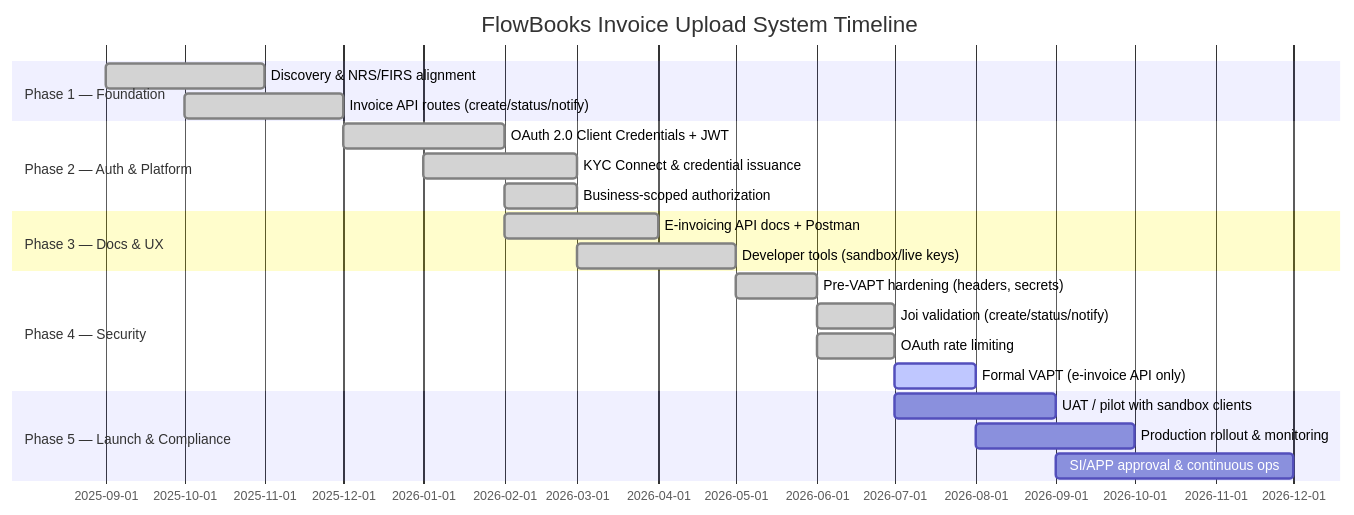
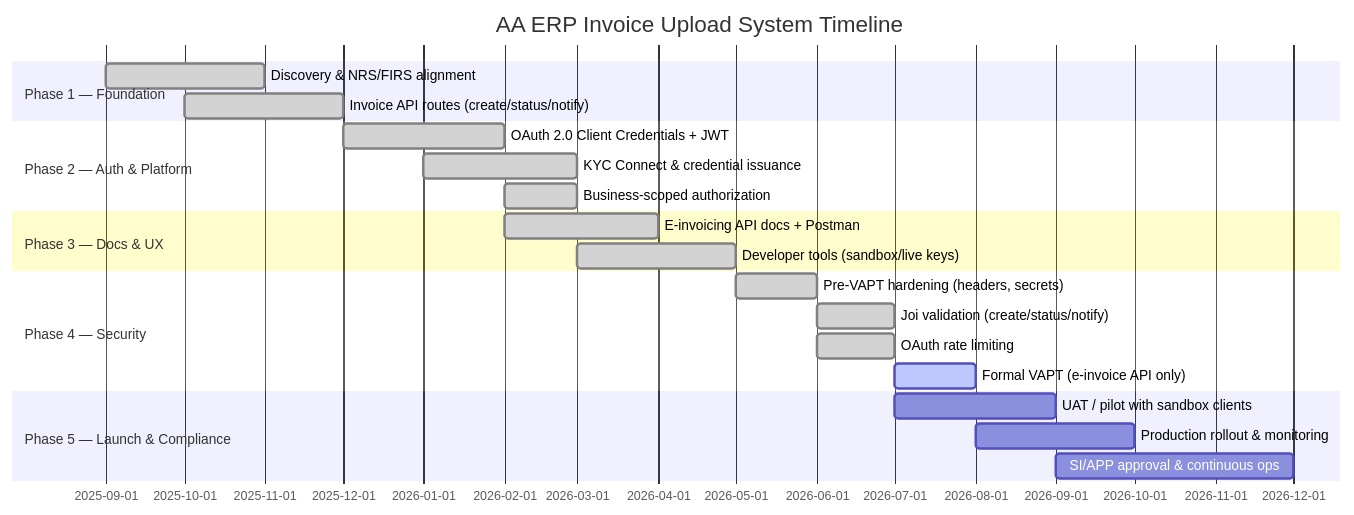
Before and after one commit to 8790fahad/aa_erp_api: the diagram in docs/UPLOAD_SYSTEM_IMPLEMENTATION_TIMELINE.md, drawn with Mermaid. The commit also changed other lines of this file and 60 other files, not shown here.

````diff
--- a/docs/UPLOAD_SYSTEM_IMPLEMENTATION_TIMELINE.md
+++ b/docs/UPLOAD_SYSTEM_IMPLEMENTATION_TIMELINE.md
@@ -26,24 +26,24 @@
 ```mermaid
 gantt
-    title FlowBooks Invoice Upload System Timeline
+    title AA ERP Invoice Upload System Timeline
     dateFormat  YYYY-MM
     section Phase 1 — Foundation
     Discovery & NRS/FIRS alignment           :done, p1a, 2025-09, 2025-11
     Invoice API routes (create/status/notify):done, p1b, 2025-10, 2025-12
     section Phase 2 — Auth & Platform
     OAuth 2.0 Client Credentials + JWT       :done, p2a, 2025-12, 2026-02
     KYC Connect & credential issuance        :done, p2b, 2026-01, 2026-03
     Business-scoped authorization            :done, p2c, 2026-02, 2026-03
     section Phase 3 — Docs & UX
     E-invoicing API docs + Postman           :done, p3a, 2026-02, 2026-04
     Developer tools (sandbox/live keys)      :done, p3b, 2026-03, 2026-05
     section Phase 4 — Security
     Pre-VAPT hardening (headers, secrets)    :done, p4a, 2026-05, 2026-06
     Joi validation (create/status/notify)    :done, p4b, 2026-06, 2026-07
     OAuth rate limiting                      :done, p4c, 2026-06, 2026-07
     Formal VAPT (e-invoice API only)         :active, p4d, 2026-07, 2026-08
     section Phase 5 — Launch & Compliance
     UAT / pilot with sandbox clients         :p5a, 2026-07, 2026-09
     Production rollout & monitoring          :p5b, 2026-08, 2026-10
     SI/APP approval & continuous ops         :p5c, 2026-09, 2026-12
 ```
````
